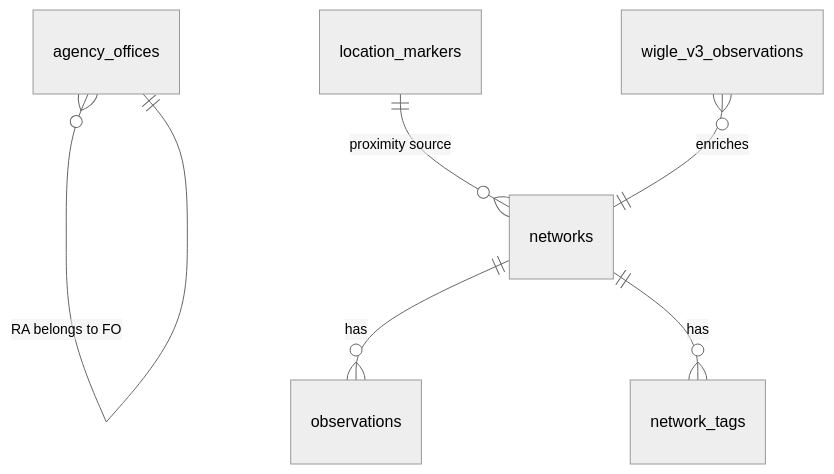
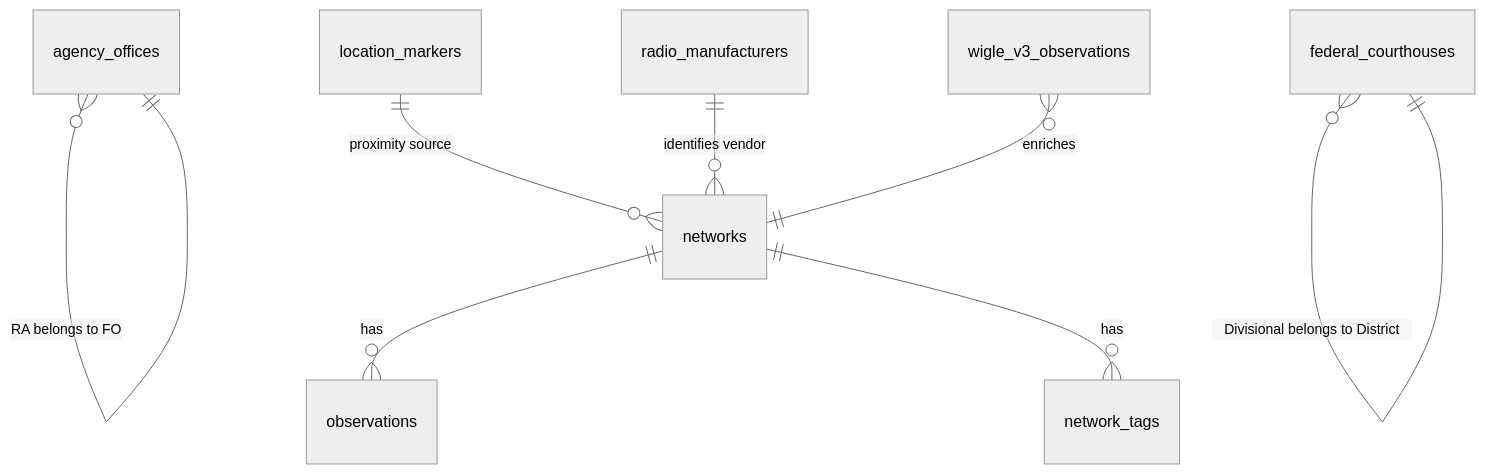
Before and after one commit to cyclonite69/shadowcheck-web: the diagram in docs/ARCHITECTURE.md, drawn with Mermaid (neutral theme). The commit also changed other lines of this file and 9 other files, not shown here.

````diff
--- a/docs/ARCHITECTURE.md
+++ b/docs/ARCHITECTURE.md
@@ -408,8 +410,10 @@
 ```mermaid
 erDiagram
     networks ||--o{ observations : has
     networks ||--o{ network_tags : has
     agency_offices }o--|| agency_offices : "RA belongs to FO"
     location_markers ||--o{ networks : "proximity source"
+    federal_courthouses }o--|| federal_courthouses : "Divisional belongs to District"
+    radio_manufacturers ||--o{ networks : "identifies vendor"
     wigle_v3_observations }o--|| networks : enriches
 ```
````
